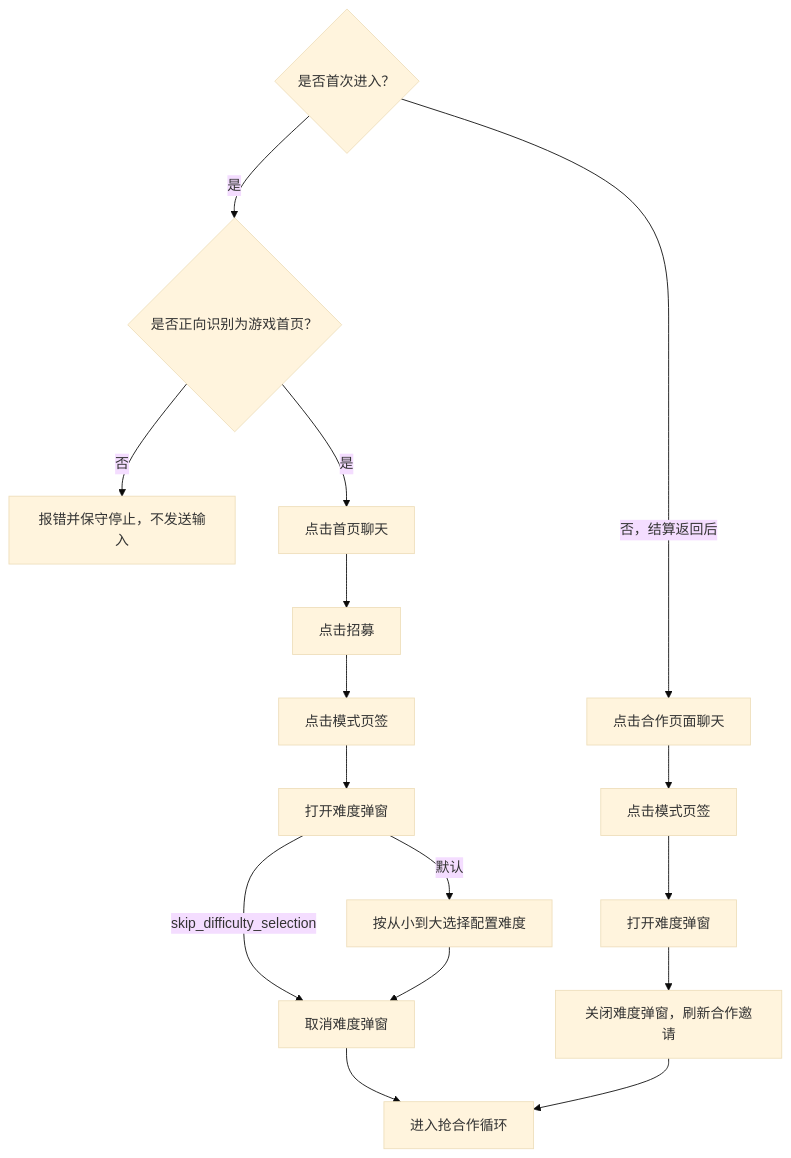
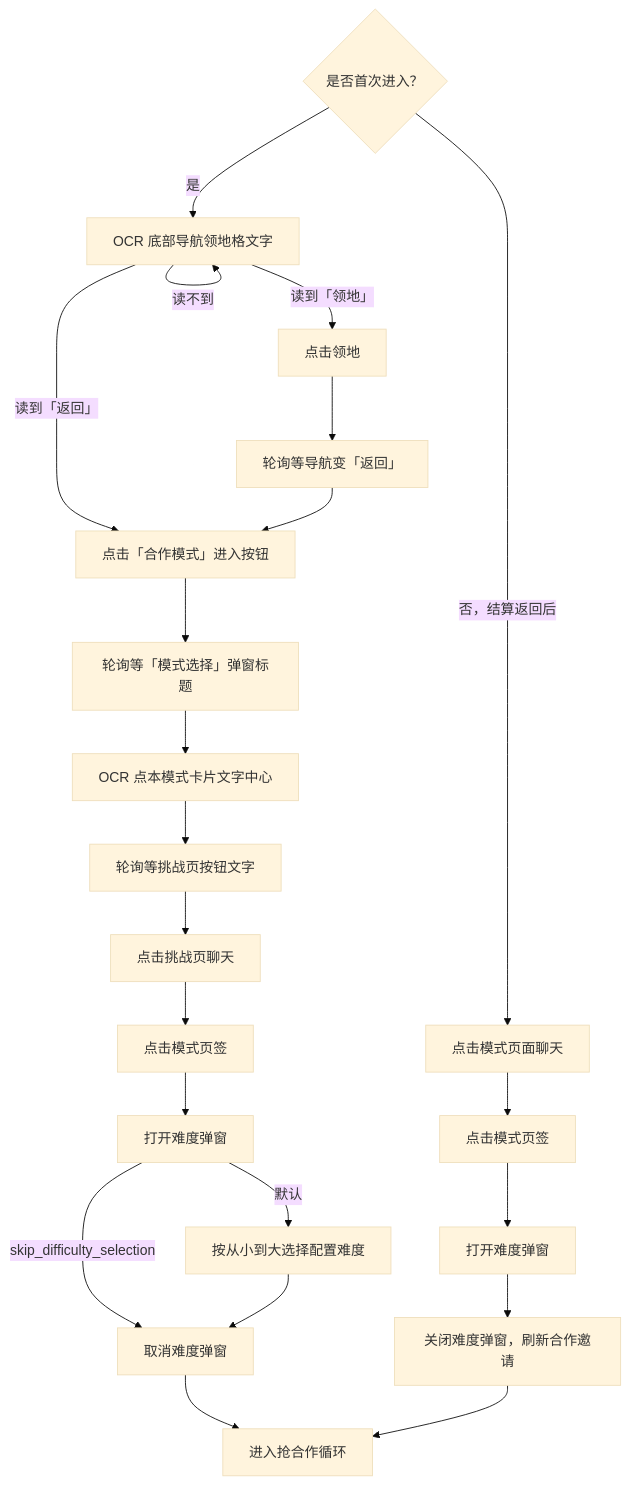
One commit to imer2026/wlxq changed the second of 2 diagrams in docs/automation-flow.md. Above: the diagram before and after it, drawn with Mermaid (base theme). The commit also changed other lines of this file and 13 other files, not shown here.

First line of the commit message:
feat(task): 招募入口改走领地页——领地/模式选择/选卡/挑战页逐级 OCR 确认

````diff
--- a/docs/automation-flow.md
+++ b/docs/automation-flow.md
@@ -83,19 +83,25 @@
 ```mermaid
 flowchart TD
     A{"是否首次进入？"}
-    A -- "是" --> A2{"是否正向识别为游戏首页？"}
-    A2 -- "否" --> X["报错并保守停止，不发送输入"]
-    A2 -- "是" --> B["点击首页聊天"]
-    B --> C["点击招募"]
+    A -- "是" --> T0["OCR 底部导航领地格文字"]
+    T0 -- "读到「领地」" --> T1["点击领地"]
+    T1 --> T2["轮询等导航变「返回」"]
+    T0 -- "读到「返回」" --> M
+    T0 -- "读不到" --> T0
+    T2 --> M["点击「合作模式」进入按钮"]
+    M --> M2["轮询等「模式选择」弹窗标题"]
+    M2 --> M3["OCR 点本模式卡片文字中心"]
+    M3 --> M4["轮询等挑战页按钮文字"]
+    M4 --> C["点击挑战页聊天"]
     C --> C2["点击模式页签"]
     C2 --> D["打开难度弹窗"]
     D -- "默认" --> D2["按从小到大选择配置难度"]
     D -- "skip_difficulty_selection" --> E
     D2 --> E["取消难度弹窗"]
-    A -- "否，结算返回后" --> F["点击合作页面聊天"]
+    A -- "否，结算返回后" --> F["点击模式页面聊天"]
     F --> F1["点击模式页签"]
     F1 --> F2["打开难度弹窗"]
     F2 --> F3["关闭难度弹窗，刷新合作邀请"]
     E --> G["进入抢合作循环"]
     F3 --> G
 ```
````
